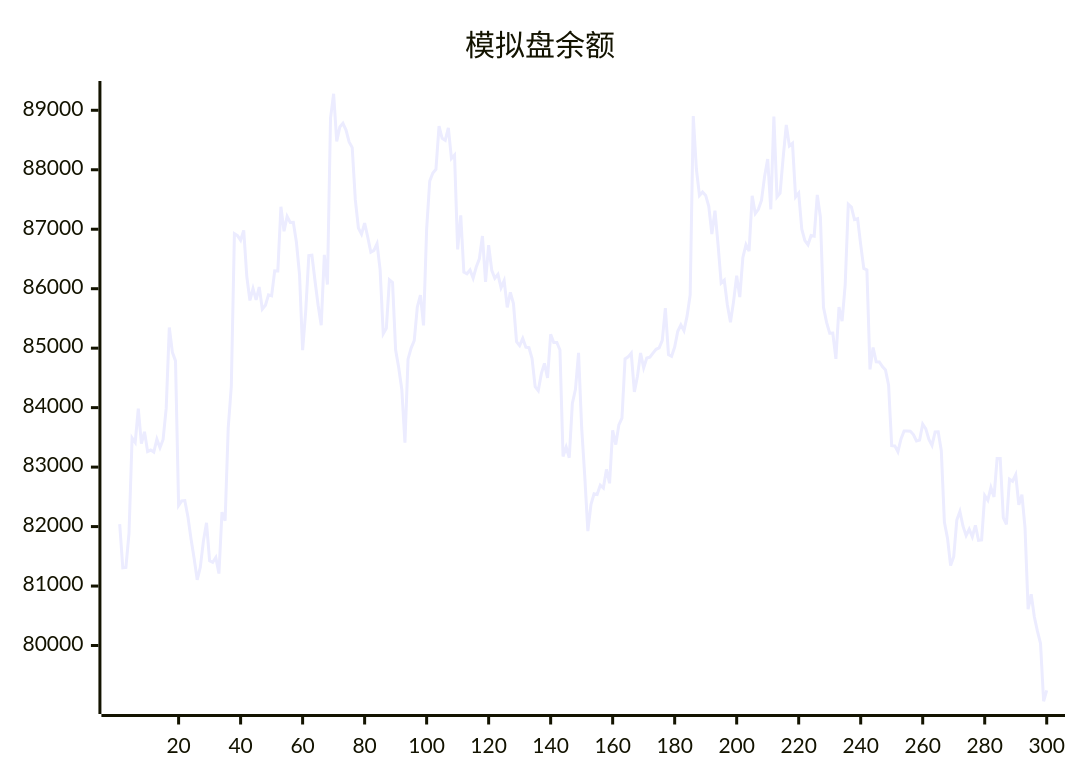
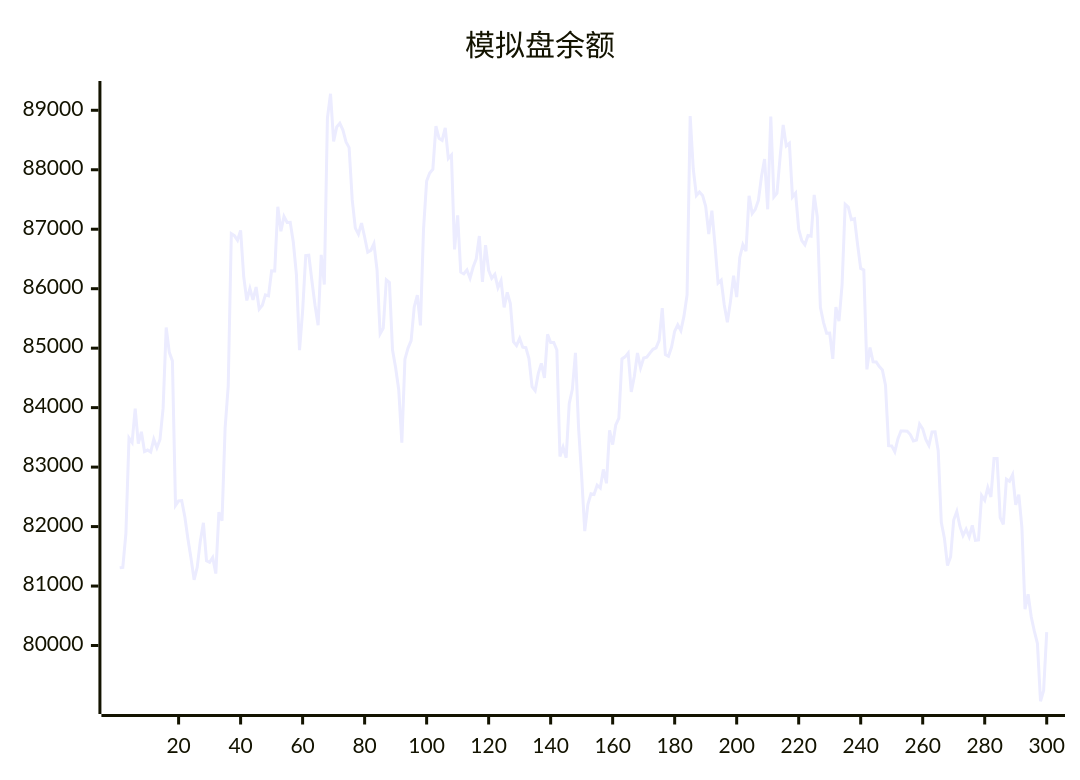
Before and after one commit to aahl/ai-trading: the diagram in README.md, drawn with Mermaid. The commit also changed other lines of this file and 1 other file, not shown here.

````diff
--- a/README.md
+++ b/README.md
@@ -5,5 +5,5 @@
 ```mermaid
 xychart
     title "模拟盘余额"
-    line [82040,81307,81314,81887,83490,83414,83984,83396,83594,83261,83287,83253,83470,83327,83465,83987,85348,84930,84786,82355,82433,82438,82167,81795,81466,81105,81315,81756,82064,81426,81398,81481,81210,82242,82099,83658,84359,86925,86892,86814,86980,86203,85802,86003,85811,86028,85657,85721,85896,85880,86300,86299,87378,86965,87214,87115,87118,86780,86238,84966,85623,86555,86562,86129,85722,85387,86569,86070,88870,89278,88477,88720,88781,88668,88467,88372,87493,87018,86917,87102,86870,86613,86644,86758,86317,85242,85334,86149,86106,84968,84671,84302,83410,84816,85001,85127,85693,85891,85384,87001,87811,87945,88007,88734,88528,88495,88705,88189,88248,86662,87234,86279,86251,86314,86177,86364,86503,86886,86114,86731,86310,86176,86240,86017,86136,85685,85938,85749,85111,85044,85164,85016,85008,84824,84354,84287,84572,84745,84500,85234,85096,85095,84970,83180,83338,83157,84070,84309,84922,83667,82850,81924,82369,82552,82539,82695,82648,82962,82728,83619,83378,83710,83825,84819,84854,84917,84265,84527,84919,84668,84834,84850,84916,84981,85004,85131,85674,84891,84864,85019,85284,85393,85294,85538,85894,88904,88012,87567,87625,87568,87386,86920,87313,86737,86094,86143,85725,85437,85787,86219,85859,86526,86740,86630,87563,87264,87335,87483,87886,88180,87335,88894,87544,87608,88207,88755,88401,88444,87543,87608,87000,86810,86740,86894,86884,87576,87209,85686,85435,85251,85255,84820,85689,85453,86066,87420,87373,87161,87178,86740,86341,86315,84643,85012,84772,84768,84690,84635,84376,83360,83357,83259,83474,83608,83606,83602,83548,83440,83454,83724,83644,83464,83365,83590,83592,83275,82072,81806,81344,81492,82109,82254,82006,81848,81955,81829,82022,81769,81776,82522,82441,82656,82498,83144,83144,82150,82038,82797,82763,82872,82367,82536,81981,80612,80862,80484,80242,80034,79063,79245]
+    line [81307,81314,81887,83490,83414,83984,83396,83594,83261,83287,83253,83470,83327,83465,83987,85348,84930,84786,82355,82433,82438,82167,81795,81466,81105,81315,81756,82064,81426,81398,81481,81210,82242,82099,83658,84359,86925,86892,86814,86980,86203,85802,86003,85811,86028,85657,85721,85896,85880,86300,86299,87378,86965,87214,87115,87118,86780,86238,84966,85623,86555,86562,86129,85722,85387,86569,86070,88870,89278,88477,88720,88781,88668,88467,88372,87493,87018,86917,87102,86870,86613,86644,86758,86317,85242,85334,86149,86106,84968,84671,84302,83410,84816,85001,85127,85693,85891,85384,87001,87811,87945,88007,88734,88528,88495,88705,88189,88248,86662,87234,86279,86251,86314,86177,86364,86503,86886,86114,86731,86310,86176,86240,86017,86136,85685,85938,85749,85111,85044,85164,85016,85008,84824,84354,84287,84572,84745,84500,85234,85096,85095,84970,83180,83338,83157,84070,84309,84922,83667,82850,81924,82369,82552,82539,82695,82648,82962,82728,83619,83378,83710,83825,84819,84854,84917,84265,84527,84919,84668,84834,84850,84916,84981,85004,85131,85674,84891,84864,85019,85284,85393,85294,85538,85894,88904,88012,87567,87625,87568,87386,86920,87313,86737,86094,86143,85725,85437,85787,86219,85859,86526,86740,86630,87563,87264,87335,87483,87886,88180,87335,88894,87544,87608,88207,88755,88401,88444,87543,87608,87000,86810,86740,86894,86884,87576,87209,85686,85435,85251,85255,84820,85689,85453,86066,87420,87373,87161,87178,86740,86341,86315,84643,85012,84772,84768,84690,84635,84376,83360,83357,83259,83474,83608,83606,83602,83548,83440,83454,83724,83644,83464,83365,83590,83592,83275,82072,81806,81344,81492,82109,82254,82006,81848,81955,81829,82022,81769,81776,82522,82441,82656,82498,83144,83144,82150,82038,82797,82763,82872,82367,82536,81981,80612,80862,80484,80242,80034,79063,79245,80226]
 ```
````
